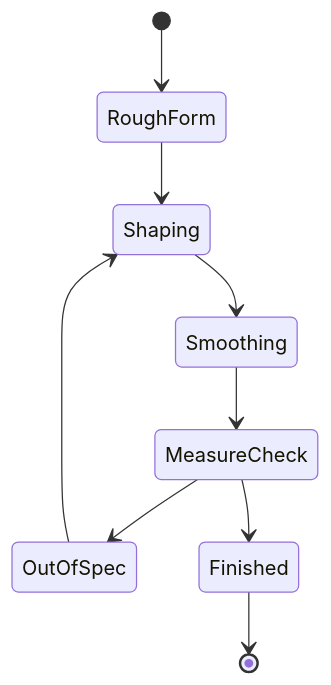
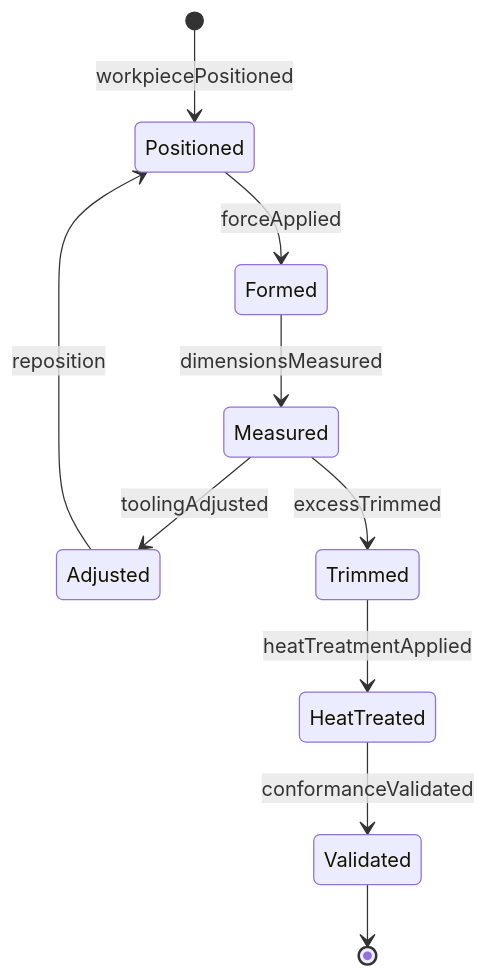
The second of 4 diagrams in HandlingAndMovingObjects/ShapeMaterialsToCreateProducts/ReshapeMetalWorkpiecesEstablishedSpecifications.mdx (dot-org-ai/tasks.org.ai), drawn with Mermaid before and after one commit. The commit also changed other lines of this file and 515 other files, not shown here.

````diff
--- a/HandlingAndMovingObjects/ShapeMaterialsToCreateProducts/ReshapeMetalWorkpiecesEstablishedSpecifications.mdx
+++ b/HandlingAndMovingObjects/ShapeMaterialsToCreateProducts/ReshapeMetalWorkpiecesEstablishedSpecifications.mdx
@@ -99,11 +99,12 @@
 ```mermaid
 stateDiagram-v2
-    [*] --> RoughForm
-    RoughForm --> Shaping
-    Shaping --> Smoothing
-    Smoothing --> MeasureCheck
-    MeasureCheck --> OutOfSpec
-    OutOfSpec --> Shaping
-    MeasureCheck --> Finished
-    Finished --> [*]
+    [*] --> Positioned : workpiecePositioned
+    Positioned --> Formed : forceApplied
+    Formed --> Measured : dimensionsMeasured
+    Measured --> Adjusted : toolingAdjusted
+    Adjusted --> Positioned : reposition
+    Measured --> Trimmed : excessTrimmed
+    Trimmed --> HeatTreated : heatTreatmentApplied
+    HeatTreated --> Validated : conformanceValidated
+    Validated --> [*]
 ```
````
